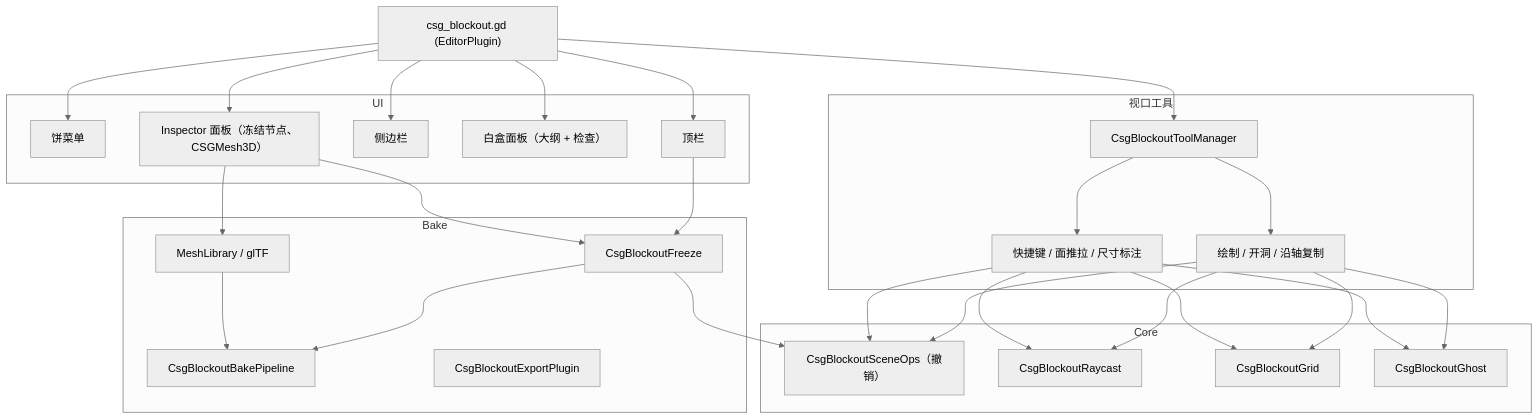
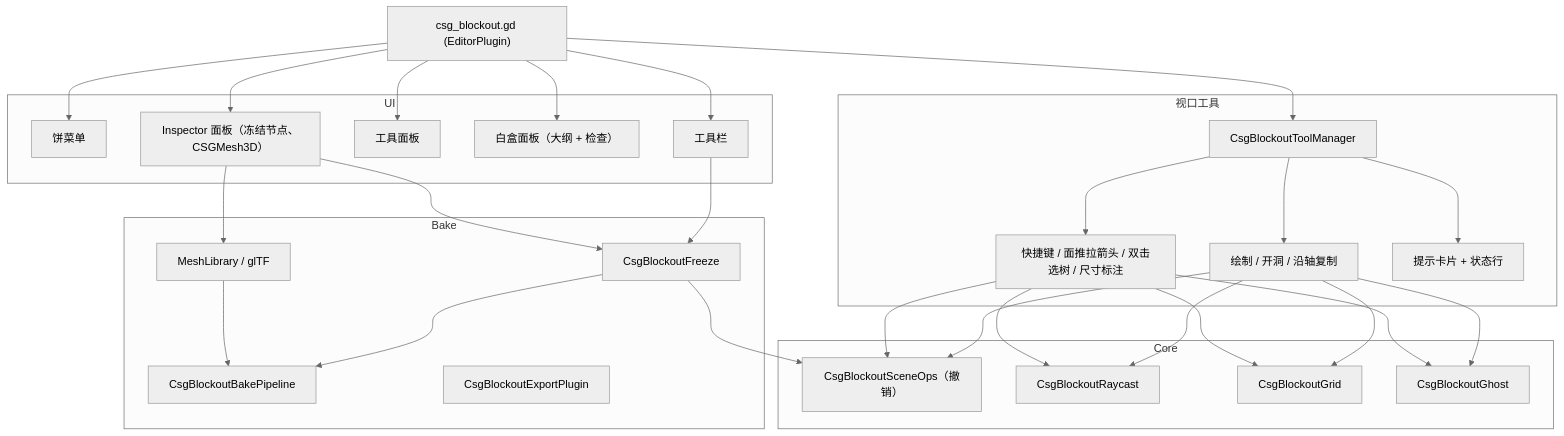
One commit to belzecue/Godot-CSG-Blockout changed the diagram in ARCHITECTURE_CN.md. Above: the diagram before and after it, drawn with Mermaid (neutral theme). The commit also changed other lines of this file and 14 other files, not shown here.

First line of the commit message:
docs: 按新交互更新 README、教程、架构文档与更新日志（中英），换上新界面截图

````diff
--- a/ARCHITECTURE_CN.md
+++ b/ARCHITECTURE_CN.md
@@ -43,36 +43,37 @@
 ```mermaid
 graph TD
     Plugin["csg_blockout.gd (EditorPlugin)"]
     subgraph UI
         Pie["饼菜单"]
-        TopBar["顶栏"]
-        SideBar["侧边栏"]
+        TopBar["工具栏"]
+        SideBar["工具面板"]
         Dock["白盒面板（大纲 + 检查）"]
         Panels["Inspector 面板（冻结节点、CSGMesh3D）"]
     end
     subgraph Tools["视口工具"]
         Manager["CsgBlockoutToolManager"]
         Draw["绘制 / 开洞 / 沿轴复制"]
-        Passive["快捷键 / 面推拉 / 尺寸标注"]
+        Passive["快捷键 / 面推拉箭头 / 双击选树 / 尺寸标注"]
+        Hud["提示卡片 + 状态行"]
     end
     subgraph Core
         Ops["CsgBlockoutSceneOps（撤销）"]
         Ray["CsgBlockoutRaycast"]
         Grid["CsgBlockoutGrid"]
         Ghost["CsgBlockoutGhost"]
     end
     subgraph Bake
         Freeze["CsgBlockoutFreeze"]
         Pipeline["CsgBlockoutBakePipeline"]
         Export["CsgBlockoutExportPlugin"]
         Out["MeshLibrary / glTF"]
     end
     Plugin --> Pie & TopBar & SideBar & Dock & Panels
     Plugin --> Manager
-    Manager --> Draw & Passive
+    Manager --> Draw & Passive & Hud
     Draw & Passive --> Ray & Grid & Ghost & Ops
     TopBar & Panels --> Freeze
     Freeze --> Pipeline & Ops
     Panels --> Out
     Out --> Pipeline
 ```
````
